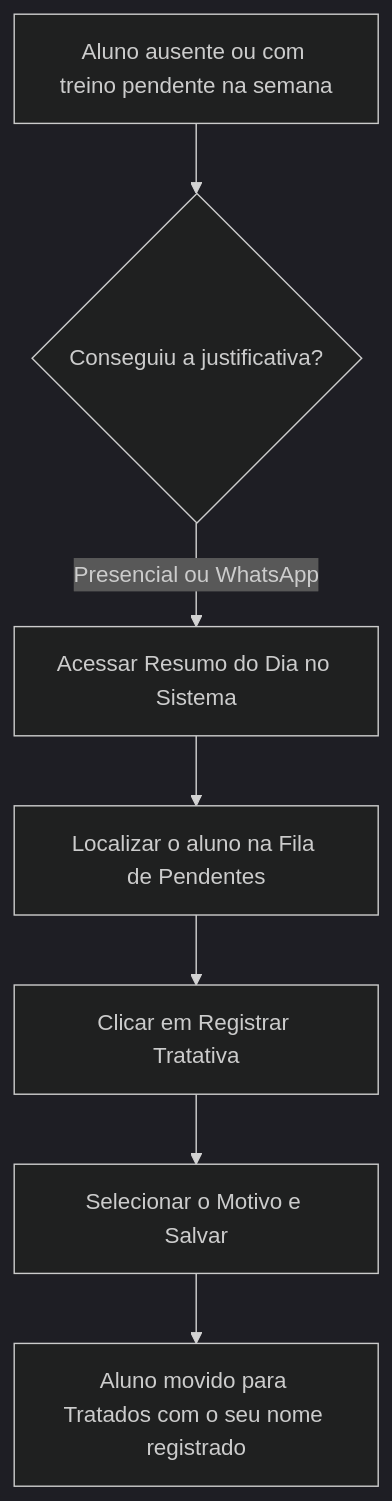
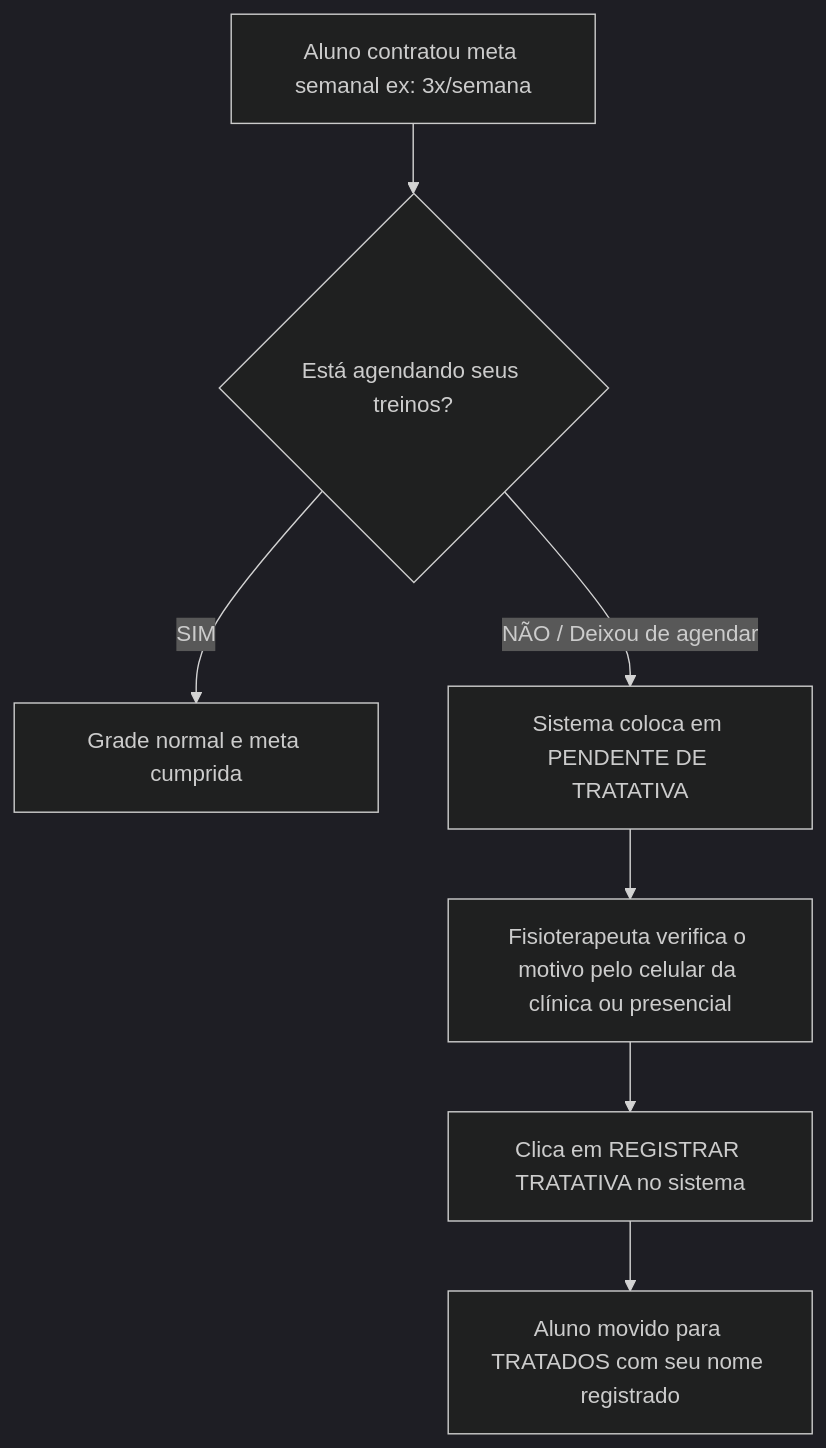
The diagram in docs/GUIA_PRATICO_PROFISSIONAL_FASE2_TRATATIVAS.md (savioaugusto7-sudo/clubefitness), drawn with Mermaid (dark theme) before and after one commit. The commit also changed other lines of this file and 1 other file, not shown here.

````diff
--- a/docs/GUIA_PRATICO_PROFISSIONAL_FASE2_TRATATIVAS.md
+++ b/docs/GUIA_PRATICO_PROFISSIONAL_FASE2_TRATATIVAS.md
@@ -12,9 +13,9 @@
 ```mermaid
 flowchart TD
-    A[Aluno ausente ou com treino pendente na semana] --> B{Conseguiu a justificativa?}
-    B -- Presencial ou WhatsApp --> C[Acessar Resumo do Dia no Sistema]
-    C --> D[Localizar o aluno na Fila de Pendentes]
-    D --> E[Clicar em Registrar Tratativa]
-    E --> F[Selecionar o Motivo e Salvar]
-    F --> G[Aluno movido para Tratados com o seu nome registrado]
+    A[Aluno contratou meta semanal ex: 3x/semana] --> B{Está agendando seus treinos?}
+    B -- SIM --> C[Grade normal e meta cumprida]
+    B -- NÃO / Deixou de agendar --> D[Sistema coloca em PENDENTE DE TRATATIVA]
+    D --> E[Fisioterapeuta verifica o motivo pelo celular da clínica ou presencial]
+    E --> F[Clica em REGISTRAR TRATATIVA no sistema]
+    F --> G[Aluno movido para TRATADOS com seu nome registrado]
 ```
````
